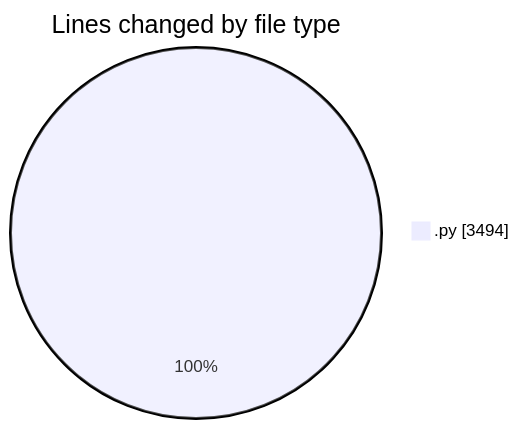
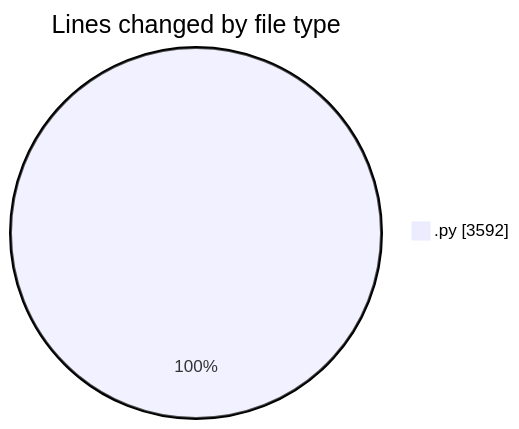
The first of 2 diagrams in 2025-04-12/myws__workspace_/README.md (MatusMokan/code-tracking), drawn with Mermaid before and after one commit. The commit also changed other lines of this file and 1 other file, not shown here.

````diff
--- a/2025-04-12/myws__workspace_/README.md
+++ b/2025-04-12/myws__workspace_/README.md
@@ -24,5 +25,5 @@
 ```mermaid
 pie showData
 title Lines changed by file type
-".py" : 3494
+".py" : 3592
 ```
````
